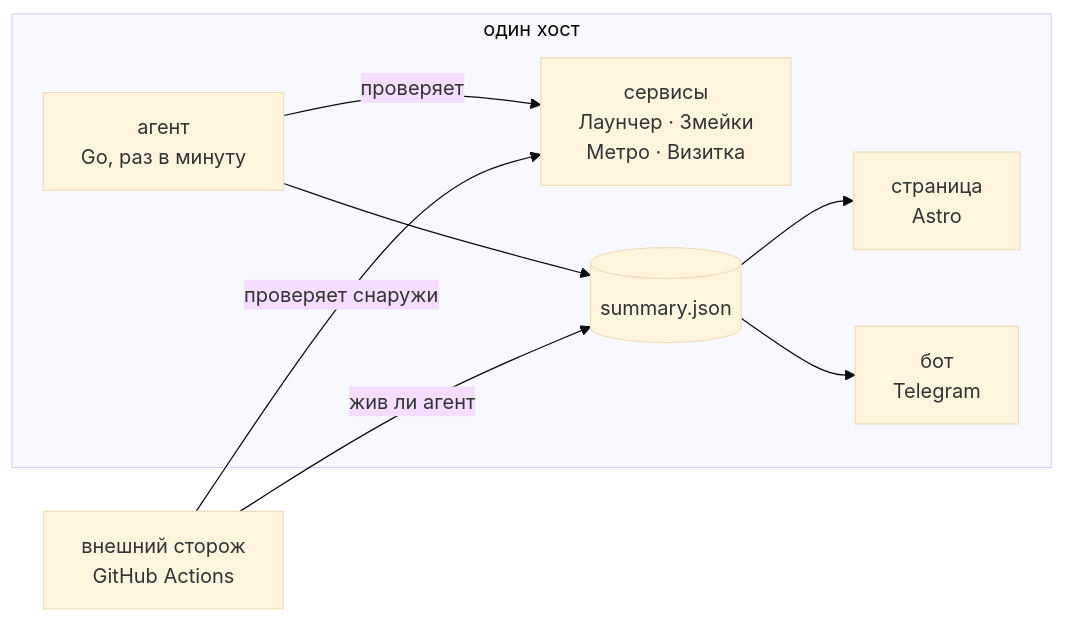
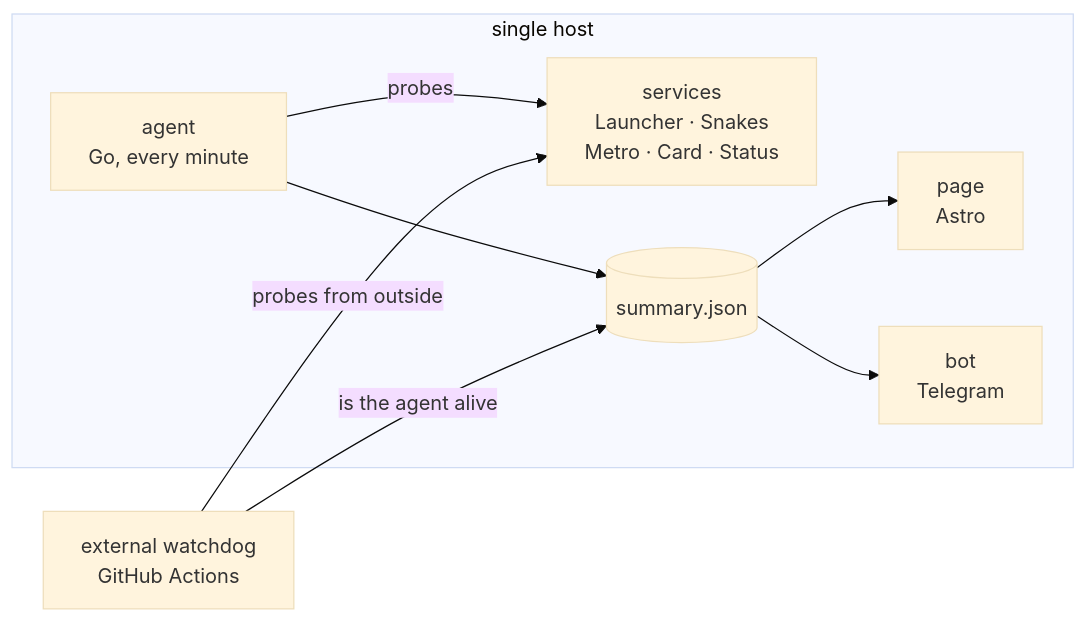
One commit to tr0llex/Samoy.love-Status changed the diagram in README.md. Above: the diagram before and after it, drawn with Mermaid (base theme). The commit also changed other lines of this file and 3 other files, not shown here.

````diff
--- a/README.md
+++ b/README.md
@@ -34,17 +24,17 @@
 ```mermaid
 flowchart LR
-    subgraph host["один хост"]
-        svc["сервисы<br/>Лаунчер · Змейки<br/>Метро · Визитка"]
-        agent["агент<br/>Go, раз в минуту"]
+    subgraph host["single host"]
+        svc["services<br/>Launcher · Snakes<br/>Metro · Card · Status"]
+        agent["agent<br/>Go, every minute"]
         json[("summary.json")]
-        page["страница<br/>Astro"]
-        bot["бот<br/>Telegram"]
-        agent -->|проверяет| svc
+        page["page<br/>Astro"]
+        bot["bot<br/>Telegram"]
+        agent -->|probes| svc
         agent --> json
         json --> page
         json --> bot
     end
-    watch["внешний сторож<br/>GitHub Actions"]
-    watch -->|проверяет снаружи| svc
-    watch -->|жив ли агент| json
+    watch["external watchdog<br/>GitHub Actions"]
+    watch -->|probes from outside| svc
+    watch -->|is the agent alive| json
 ```
````
